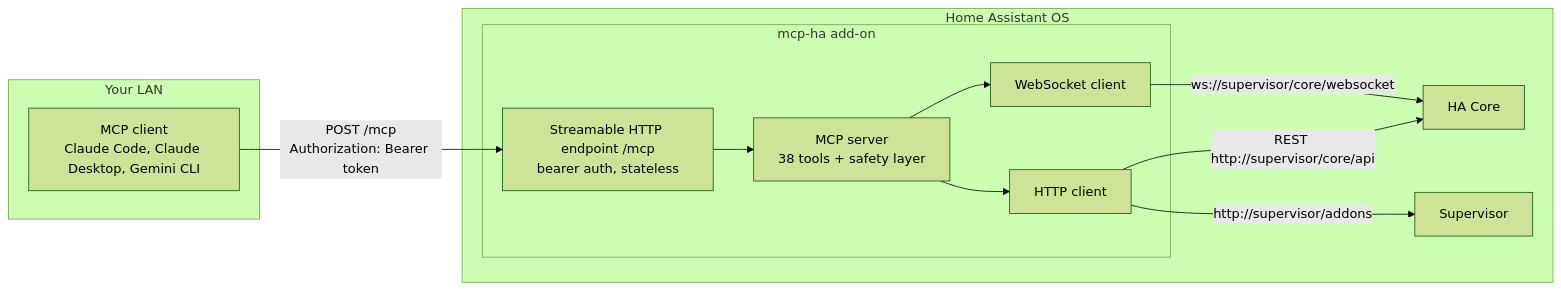
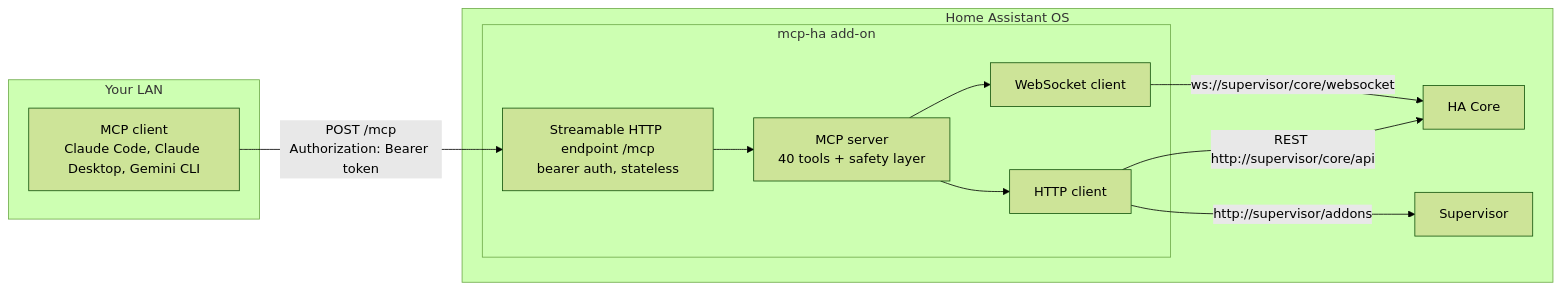
One commit to Devitek/mcp-ha changed the first of 3 diagrams in docs/reference/architecture.md. Above: the diagram before and after it, drawn with Mermaid (forest theme). The commit also changed 21 other files, not shown here.

````diff
--- a/docs/reference/architecture.md
+++ b/docs/reference/architecture.md
@@ -7,23 +7,23 @@
 ```mermaid
 flowchart LR
   subgraph lan["Your LAN"]
     C["MCP client<br/>Claude Code, Claude Desktop, Gemini CLI"]
   end
   subgraph haos["Home Assistant OS"]
     subgraph addon["mcp-ha add-on"]
       T["Streamable HTTP endpoint /mcp<br/>bearer auth, stateless"]
-      S["MCP server<br/>38 tools + safety layer"]
+      S["MCP server<br/>40 tools + safety layer"]
       W["WebSocket client"]
       H["HTTP client"]
       T --> S
       S --> W
       S --> H
     end
     CORE["HA Core"]
     SUP["Supervisor"]
     W -->|"ws://supervisor/core/websocket"| CORE
     H -->|"REST http://supervisor/core/api"| CORE
     H -->|"http://supervisor/addons"| SUP
   end
   C -->|"POST /mcp<br/>Authorization: Bearer token"| T
 ```
````
